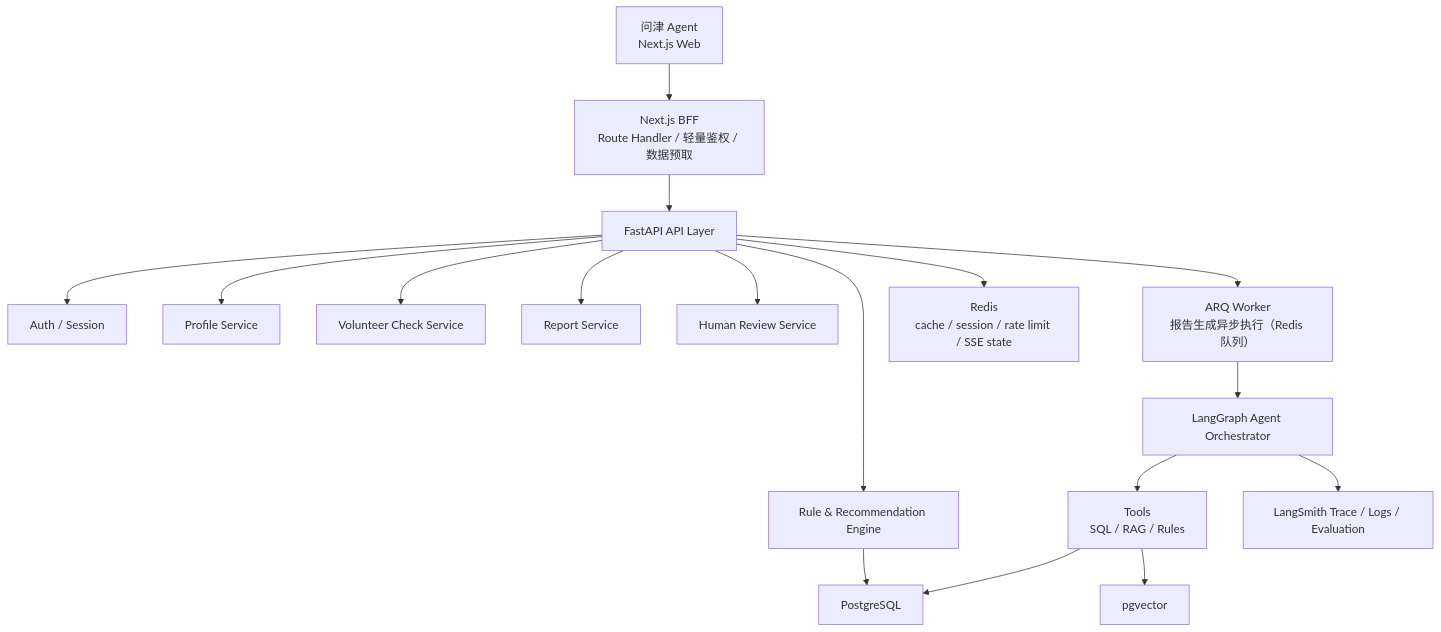
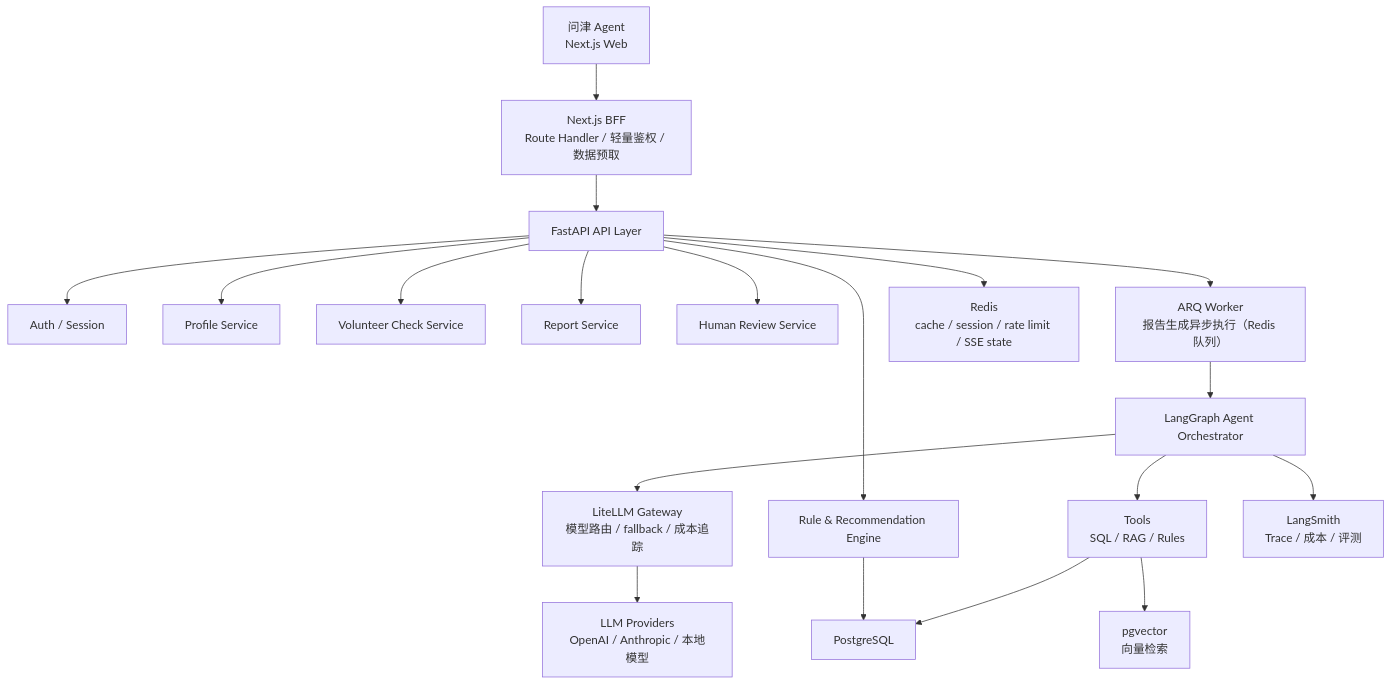
One commit to debugzhao/jin-guide changed the first of 4 diagrams in docs/backend-prd.md. Above: the diagram before and after it, drawn with Mermaid. The commit also changed other lines of this file and 2 other files, not shown here.

````diff
--- a/docs/backend-prd.md
+++ b/docs/backend-prd.md
@@ -49,19 +49,21 @@
 ```mermaid
 flowchart TD
   FE["问津 Agent<br/>Next.js Web"] --> BFF["Next.js BFF<br/>Route Handler / 轻量鉴权 / 数据预取"]
   BFF --> API["FastAPI API Layer"]
   API --> AUTH["Auth / Session"]
   API --> PROFILE["Profile Service"]
   API --> CHECK["Volunteer Check Service"]
   API --> REPORT["Report Service"]
   API --> REVIEW["Human Review Service"]
   API --> BG["ARQ Worker<br/>报告生成异步执行（Redis 队列）"]
   BG --> AGENT["LangGraph Agent Orchestrator"]
   API --> RULE["Rule & Recommendation Engine"]
   RULE --> SQL["PostgreSQL"]
+  AGENT --> GW["LiteLLM Gateway<br/>模型路由 / fallback / 成本追踪"]
+  GW --> LLM["LLM Providers<br/>OpenAI / Anthropic / 本地模型"]
   AGENT --> TOOLS["Tools<br/>SQL / RAG / Rules"]
   TOOLS --> SQL
-  TOOLS --> VDB["pgvector"]
+  TOOLS --> VDB["pgvector<br/>向量检索"]
   API --> REDIS["Redis<br/>cache / session / rate limit / SSE state"]
-  AGENT --> TRACE["LangSmith Trace / Logs / Evaluation"]
+  AGENT --> TRACE["LangSmith<br/>Trace / 成本 / 评测"]
 ```
````
